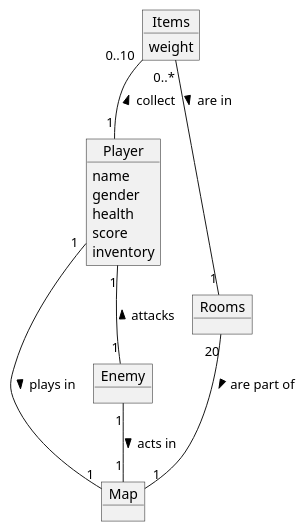
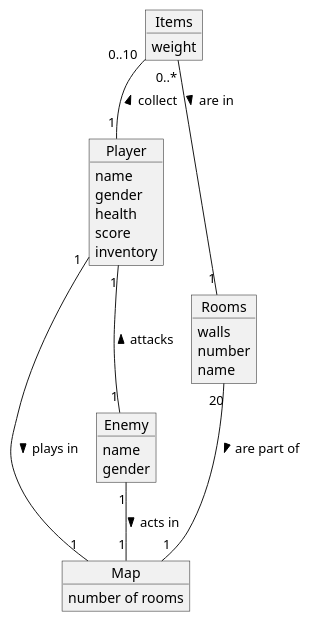
The diagram in Diagrams/DomainModel.plantuml (nardib/TextAdventure), drawn with PlantUML before and after one commit. The commit also changed 3 other files, not shown here.

Commit message:
removed compilation errors and updated diagrams

```diff
--- a/Diagrams/DomainModel.plantuml
+++ b/Diagrams/DomainModel.plantuml
@@ -1,25 +1,34 @@
 @startuml DomainModel
 
     object Player{
         name
         gender
         health
         score
         inventory
     }
 
-    object Map
-    object Rooms
-    object Enemy
+    object Map{
+        number of rooms
+    }
+    object Rooms{
+        walls
+        number
+        name
+    }
+    object Enemy{
+        name
+        gender
+    }
     object Items{
         weight
     }
 
     Player "1" -- "1" Enemy : attacks < 
     Rooms "20" -- "1" Map : are part of >
     Items "0..10" -- "1" Player : collect <
     Enemy "1" -- "1" Map : acts in >
     Player "1" -- "1" Map : plays in >
     Items "0..*" -- "1" Rooms : are in >
 
 @enduml
```
